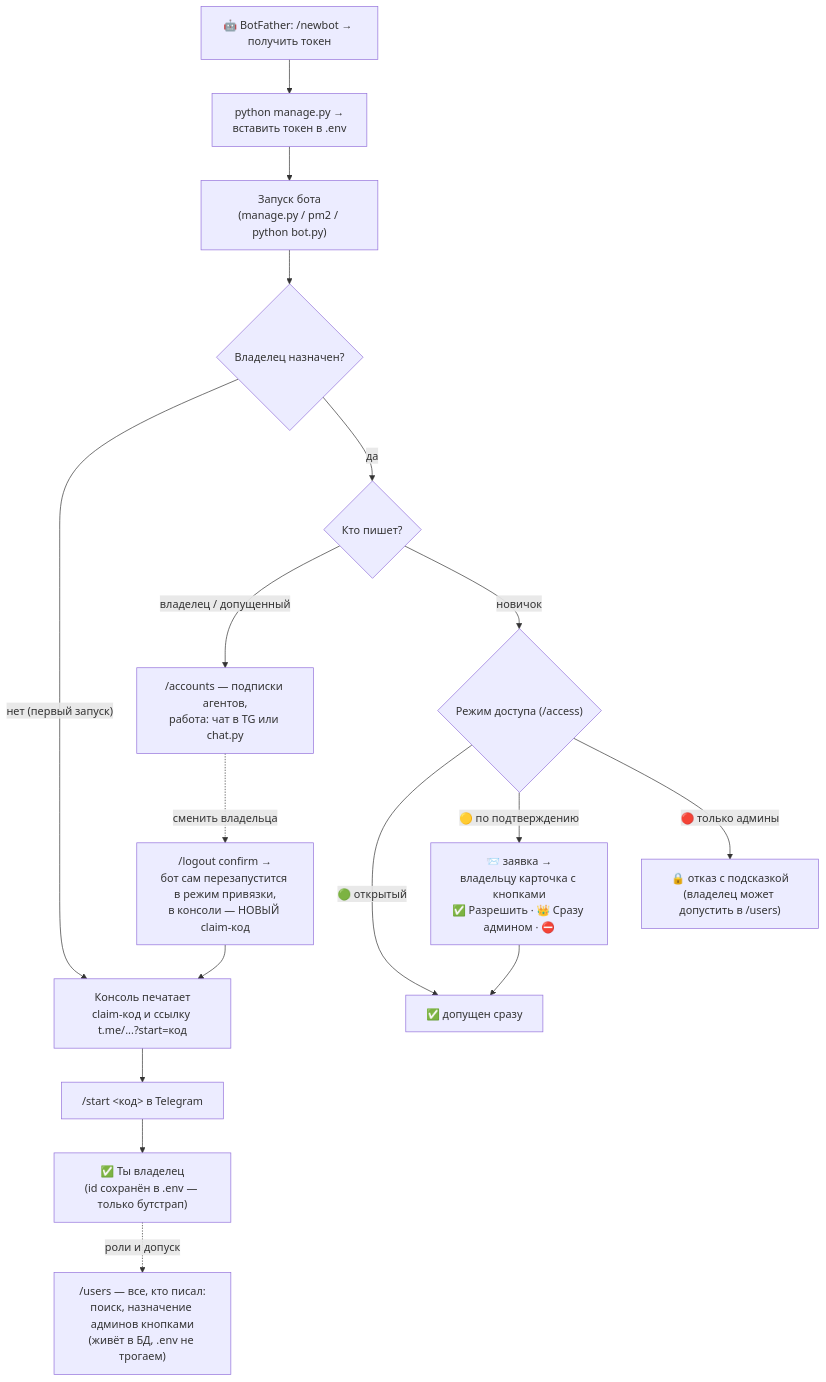
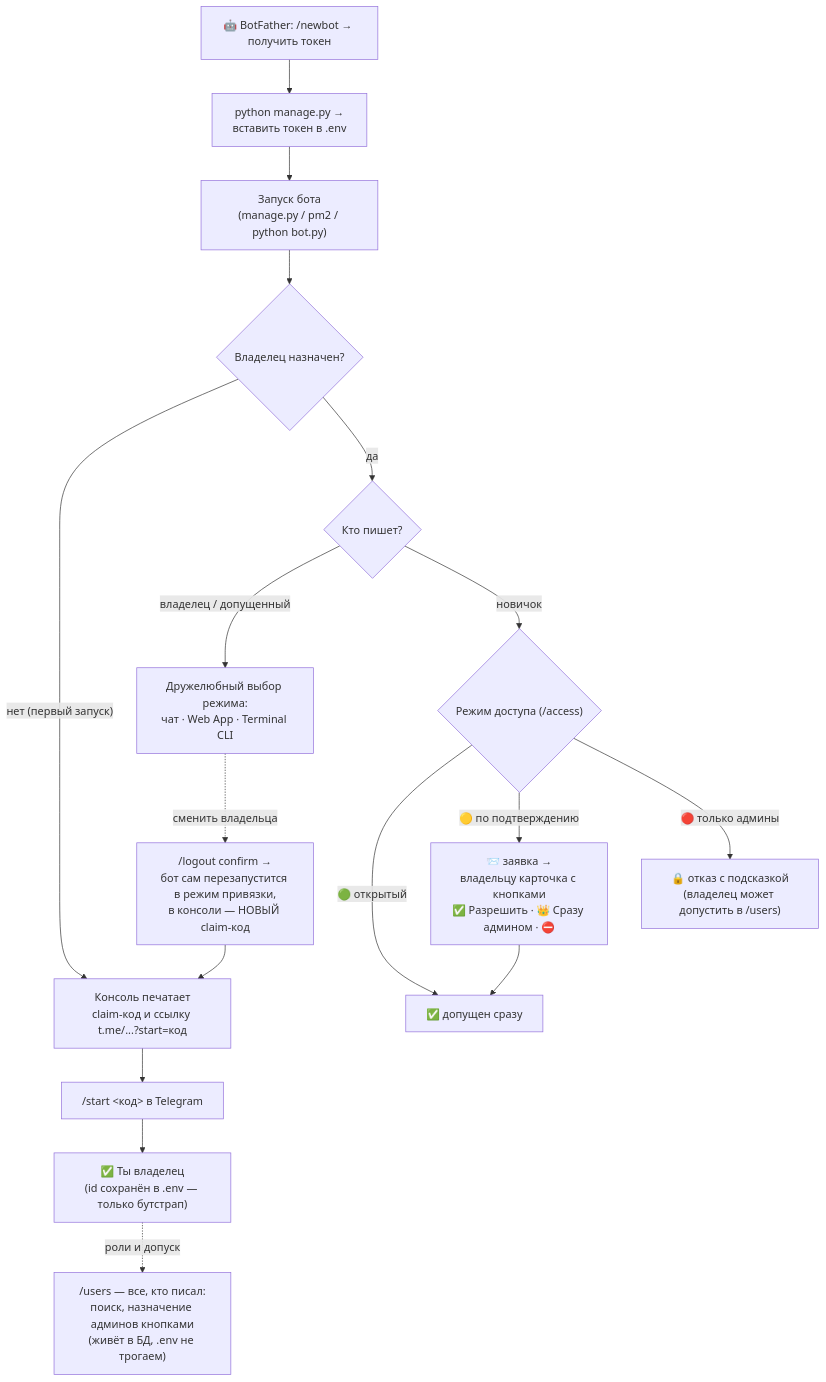
One commit to Creative-Agency-Here/HereAssistant changed the diagram in docs/onboarding.md. Above: the diagram before and after it, drawn with Mermaid. The commit also changed other lines of this file and 24 other files, not shown here.

````diff
--- a/docs/onboarding.md
+++ b/docs/onboarding.md
@@ -6,19 +6,19 @@
 ```mermaid
 flowchart TD
     A["🤖 BotFather: /newbot → получить токен"] --> B["python manage.py →\nвставить токен в .env"]
     B --> C["Запуск бота\n(manage.py / pm2 / python bot.py)"]
     C --> D{"Владелец назначен?"}
     D -- "нет (первый запуск)" --> E["Консоль печатает\nclaim-код и ссылку t.me/...?start=код"]
     E --> F["/start &lt;код&gt; в Telegram"]
     F --> G["✅ Ты владелец\n(id сохранён в .env — только бутстрап)"]
     D -- да --> H{"Кто пишет?"}
-    H -- "владелец / допущенный" --> I["/accounts — подписки агентов,\nработа: чат в TG или chat.py"]
+    H -- "владелец / допущенный" --> I["Дружелюбный выбор режима:\nчат · Web App · Terminal CLI"]
     H -- "новичок" --> M{"Режим доступа (/access)"}
     M -- "🟢 открытый" --> N["✅ допущен сразу"]
     M -- "🟡 по подтверждению" --> O["📨 заявка →\nвладельцу карточка с кнопками\n✅ Разрешить · 👑 Сразу админом · ⛔"]
     M -- "🔴 только админы" --> P["🔒 отказ с подсказкой\n(владелец может допустить в /users)"]
     O --> N
     G -. "роли и допуск" .-> Q["/users — все, кто писал:\nпоиск, назначение админов кнопками\n(живёт в БД, .env не трогаем)"]
     I -. "сменить владельца" .-> L["/logout confirm →\nбот сам перезапустится в режим привязки,\nв консоли — НОВЫЙ claim-код"]
     L --> E
 ```
````
